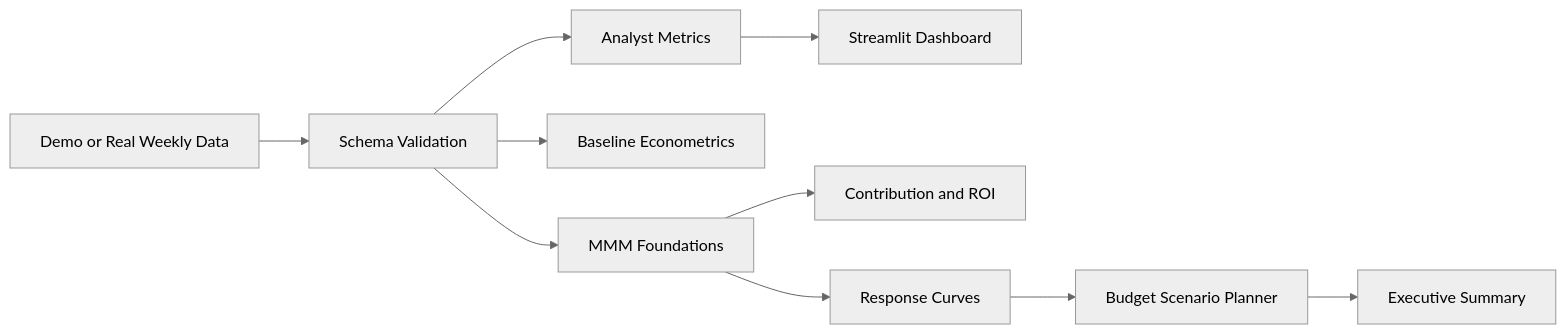
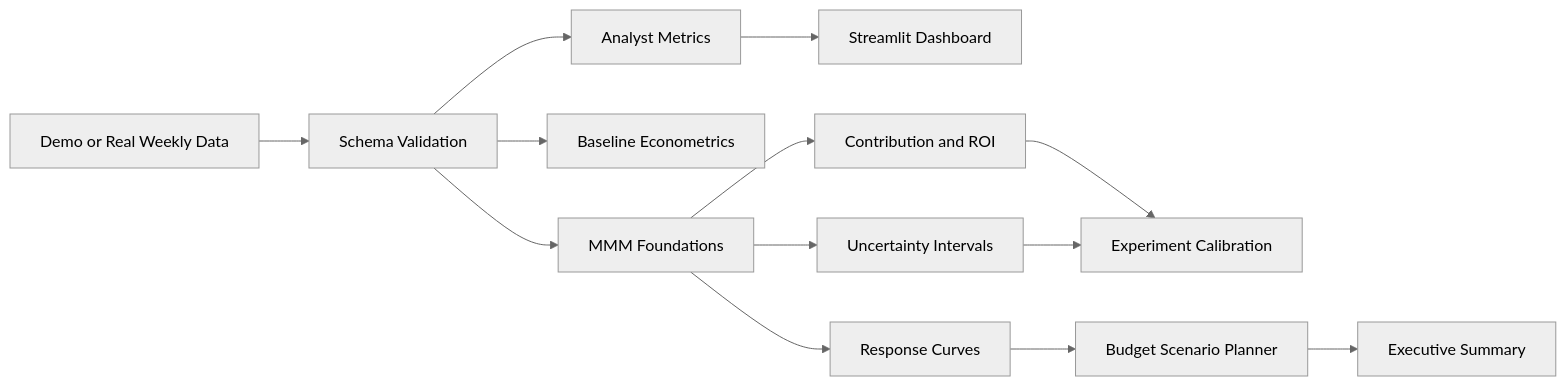
One commit to rosscyking1115/marketing-effectiveness-lab changed the first of 2 diagrams in docs/architecture.md. Above: the diagram before and after it, drawn with Mermaid (neutral theme). The commit also changed other lines of this file and 6 other files, not shown here.

````diff
--- a/docs/architecture.md
+++ b/docs/architecture.md
@@ -7,12 +7,15 @@
 ```mermaid
 flowchart LR
     A["Demo or Real Weekly Data"] --> B["Schema Validation"]
     B --> C["Analyst Metrics"]
     C --> D["Streamlit Dashboard"]
     B --> E["Baseline Econometrics"]
     B --> F["MMM Foundations"]
     F --> G["Contribution and ROI"]
-    F --> H["Response Curves"]
-    H --> I["Budget Scenario Planner"]
-    I --> J["Executive Summary"]
+    F --> H["Uncertainty Intervals"]
+    G --> I["Experiment Calibration"]
+    H --> I
+    F --> J["Response Curves"]
+    J --> K["Budget Scenario Planner"]
+    K --> L["Executive Summary"]
 ```
````
